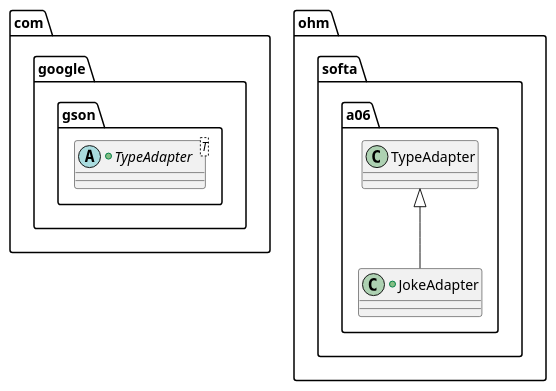
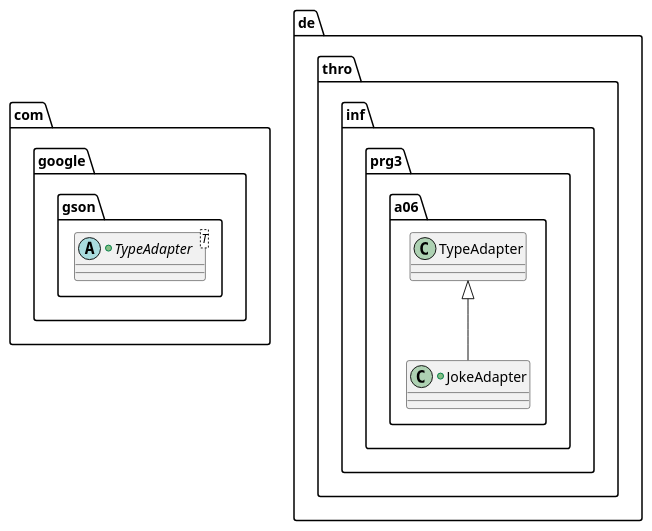
One commit to studium-nicog/softa-06-annotations-reflection changed the diagram in assets/uml/gson-spec.plantuml. Above: the diagram before and after it, drawn with PlantUML. The commit also changed 6 other files, not shown here.

```diff
--- a/assets/uml/gson-spec.plantuml
+++ b/assets/uml/gson-spec.plantuml
@@ -1,14 +1,14 @@
 @startuml GsonSpec
 
 package com.google.gson {
     +abstract class TypeAdapter<T> {
     }
 }
 
 
-package ohm.softa.a06 {
+package de.thro.inf.prg3.a06 {
     +class JokeAdapter extends TypeAdapter {
     }
 }
 
 @enduml
```
